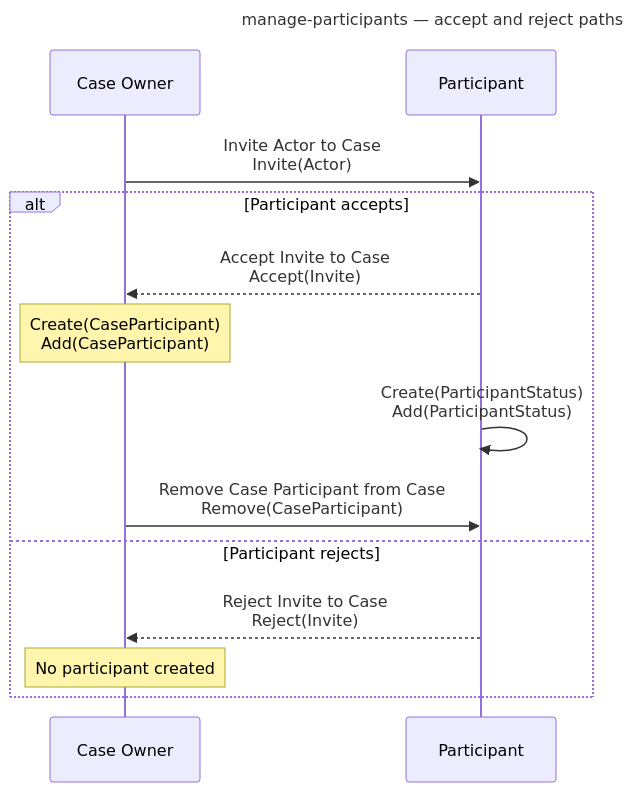
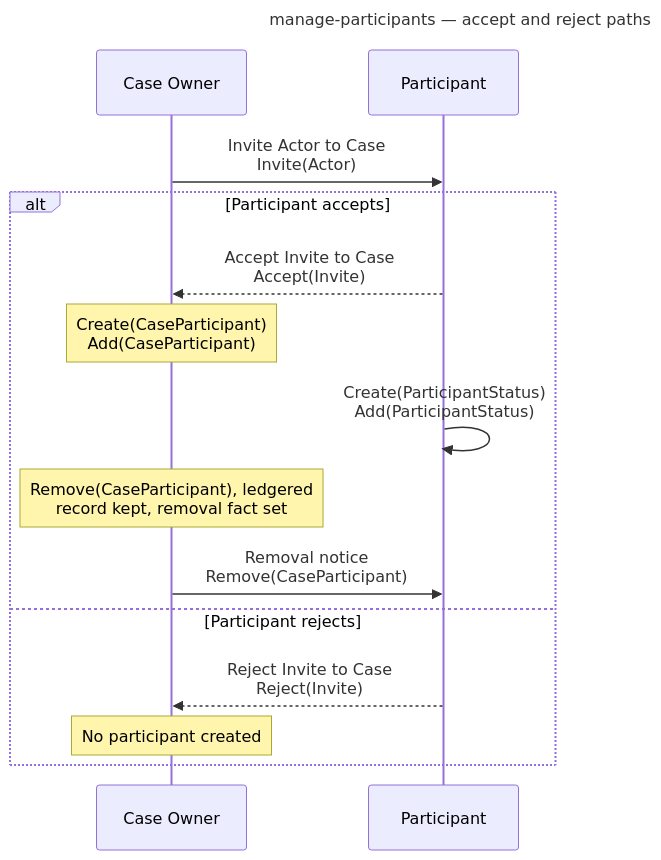
One commit to CERTCC/Vultron changed the third of 9 diagrams in docs/tutorials/other_demos.md. Above: the diagram before and after it, drawn with Mermaid. The commit also changed other lines of this file and 24 other files, not shown here.

First line of the commit message:
feat(case): Remove(CaseParticipant) as the Case Owner's request, one ledger entry, direct notice, replica replay (#4080)

````diff
--- a/docs/tutorials/other_demos.md
+++ b/docs/tutorials/other_demos.md
@@ -167,19 +168,20 @@
 ```mermaid
 ---
 title: manage-participants — accept and reject paths
 ---
 sequenceDiagram
     participant O as Case Owner
     participant P as Participant
 
     O->>P: Invite Actor to Case<br/>Invite(Actor)
     alt Participant accepts
         P-->>O: Accept Invite to Case<br/>Accept(Invite)
         Note over O: Create(CaseParticipant)<br/>Add(CaseParticipant)
         P->>P: Create(ParticipantStatus)<br/>Add(ParticipantStatus)
-        O->>P: Remove Case Participant from Case<br/>Remove(CaseParticipant)
+        Note over O: Remove(CaseParticipant), ledgered<br/>record kept, removal fact set
+        O->>P: Removal notice<br/>Remove(CaseParticipant)
     else Participant rejects
         P-->>O: Reject Invite to Case<br/>Reject(Invite)
         Note over O: No participant created
     end
 ```
````
